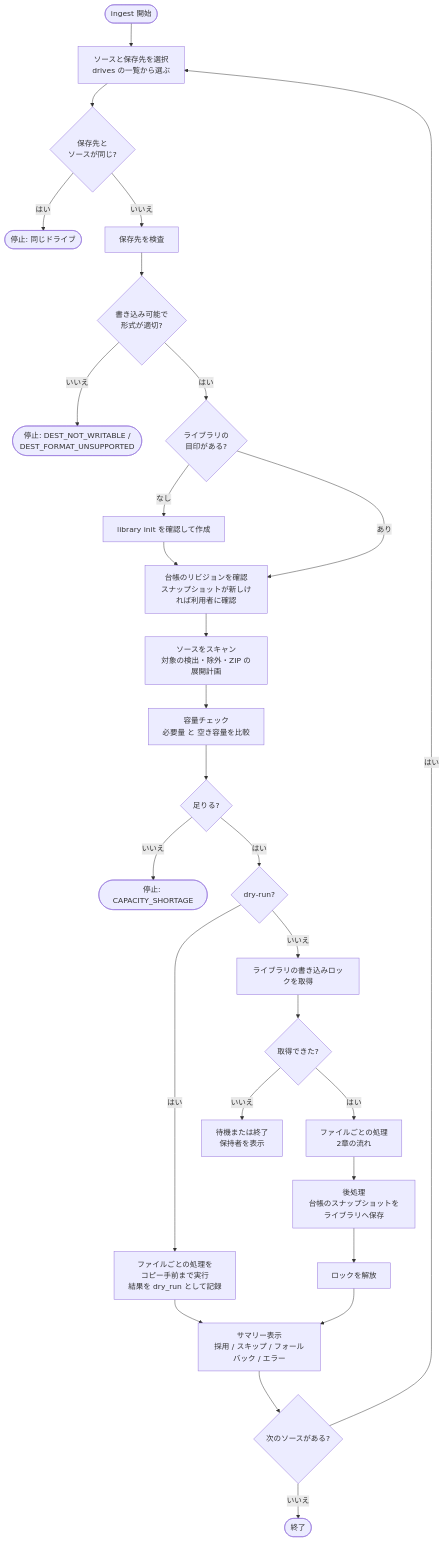
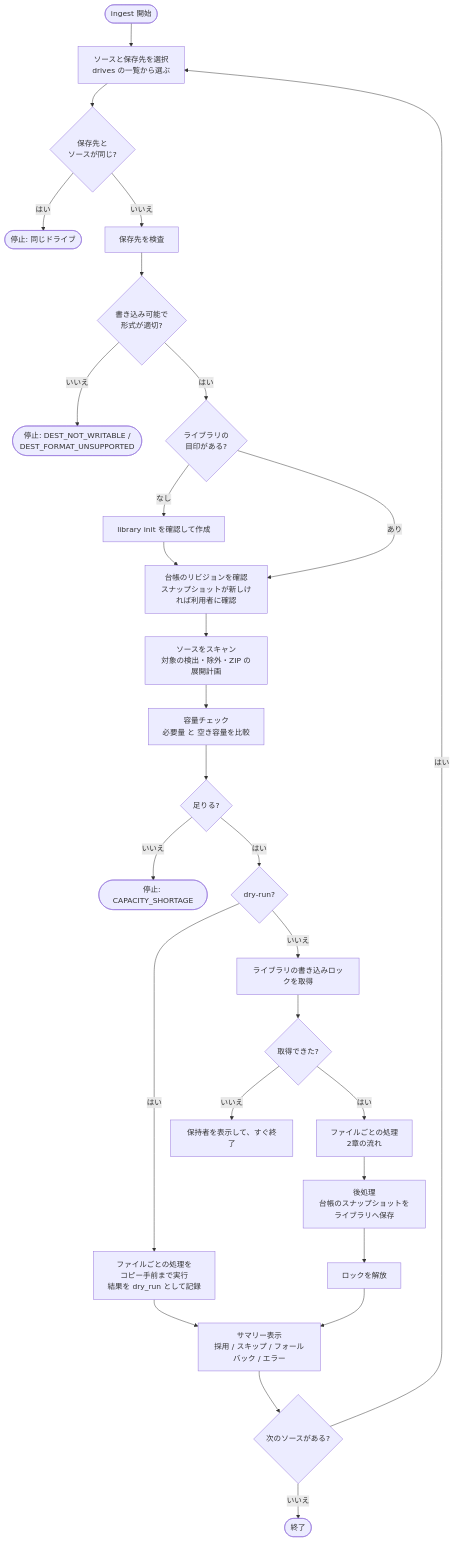
Before and after one commit to raiton-boo/media-seiri: the first of 9 diagrams in docs/flows.md, drawn with Mermaid. The commit also changed 11 other files, not shown here.

````diff
--- a/docs/flows.md
+++ b/docs/flows.md
@@ -10,30 +10,30 @@
 ```mermaid
 flowchart TD
     START([ingest 開始]) --> SEL["ソースと保存先を選択<br/>drives の一覧から選ぶ"]
     SEL --> SAME{"保存先と<br/>ソースが同じ?"}
     SAME -->|はい| STOP1([停止: 同じドライブ])
     SAME -->|いいえ| DEST["保存先を検査"]
     DEST --> DEST_OK{"書き込み可能で<br/>形式が適切?"}
     DEST_OK -->|いいえ| STOP2(["停止: DEST_NOT_WRITABLE /<br/>DEST_FORMAT_UNSUPPORTED"])
     DEST_OK -->|はい| LIB{"ライブラリの<br/>目印がある?"}
     LIB -->|なし| INIT["library init を確認して作成"]
     LIB -->|あり| SNAP["台帳のリビジョンを確認<br/>スナップショットが新しければ利用者に確認"]
     INIT --> SNAP
     SNAP --> SCAN["ソースをスキャン<br/>対象の検出・除外・ZIP の展開計画"]
     SCAN --> CAP["容量チェック<br/>必要量 と 空き容量を比較"]
     CAP --> CAP_OK{"足りる?"}
     CAP_OK -->|いいえ| STOP3([停止: CAPACITY_SHORTAGE])
     CAP_OK -->|はい| DRY{"dry-run?"}
     DRY -->|はい| PLAN["ファイルごとの処理を<br/>コピー手前まで実行<br/>結果を dry_run として記録"]
     DRY -->|いいえ| LOCK["ライブラリの書き込みロックを取得"]
     LOCK --> LOCK_OK{"取得できた?"}
-    LOCK_OK -->|いいえ| WAIT["待機または終了<br/>保持者を表示"]
+    LOCK_OK -->|いいえ| WAIT["保持者を表示して、すぐ終了"]
     LOCK_OK -->|はい| EACH["ファイルごとの処理<br/>2章の流れ"]
     EACH --> POST["後処理<br/>台帳のスナップショットをライブラリへ保存"]
     POST --> UNLOCK["ロックを解放"]
     PLAN --> SUMMARY
     UNLOCK --> SUMMARY["サマリー表示<br/>採用 / スキップ / フォールバック / エラー"]
     SUMMARY --> NEXT{"次のソースがある?"}
     NEXT -->|はい| SEL
     NEXT -->|いいえ| END([終了])
 ```
````
